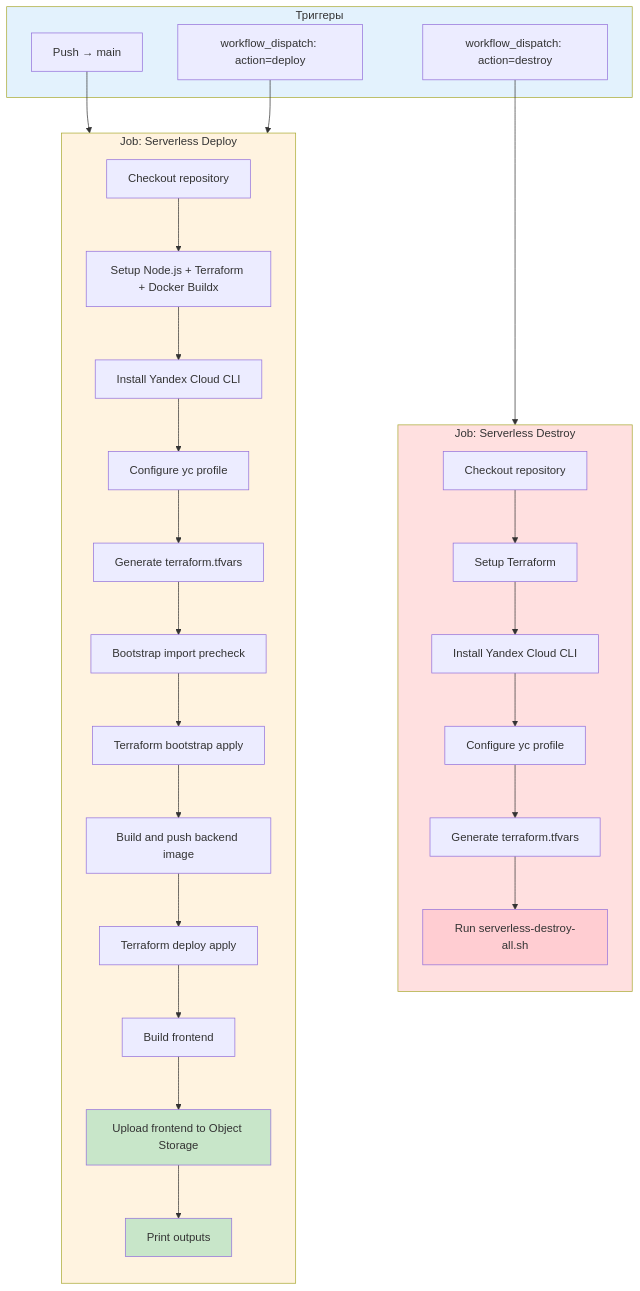
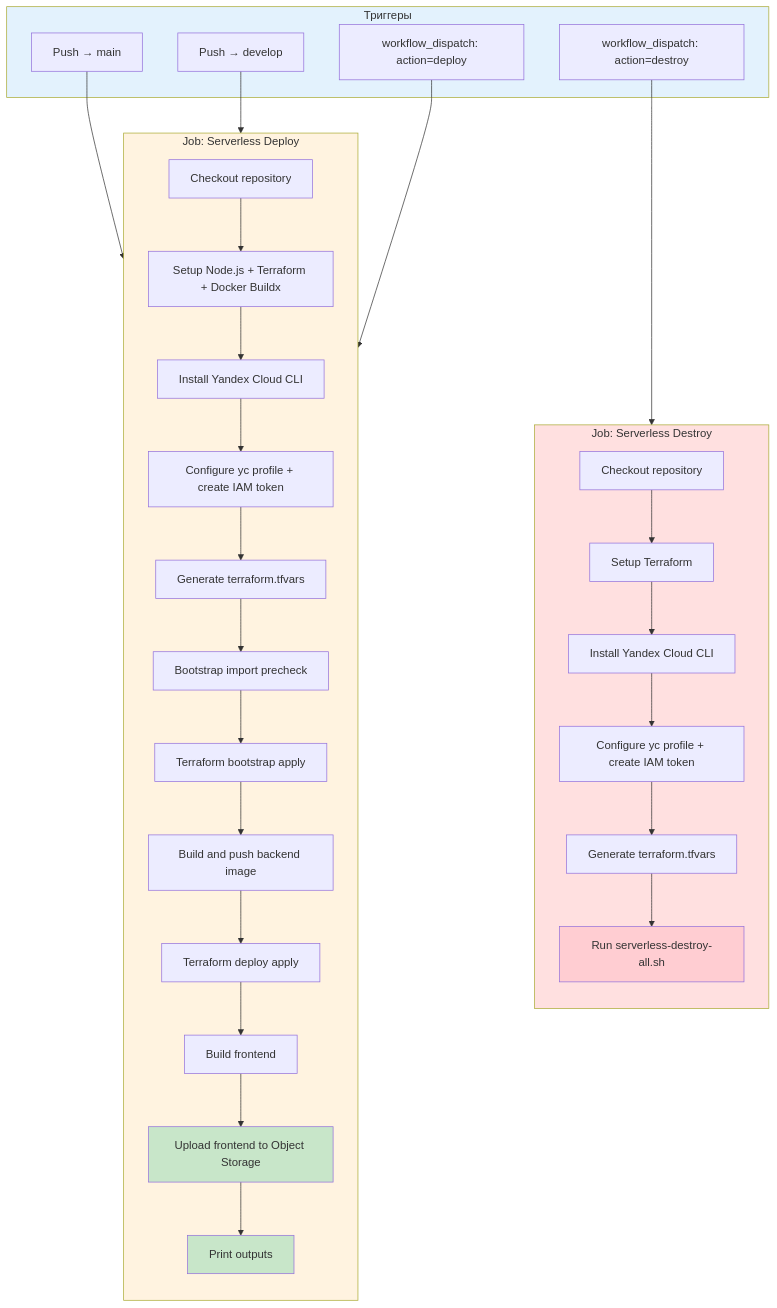
One commit to UZver24/DevOpsPortfolio changed the diagram in .github/workflows/ci.yml.mermaid. Above: the diagram before and after it, drawn with Mermaid. The commit also changed 1 other file, not shown here.

```diff
--- a/.github/workflows/ci.yml.mermaid
+++ b/.github/workflows/ci.yml.mermaid
@@ -1,48 +1,50 @@
 flowchart TB
 
     subgraph Triggers["Триггеры"]
         PushMain[Push → main]
+        PushDevelop[Push → develop]
         ManualDeploy[workflow_dispatch: action=deploy]
         ManualDestroy[workflow_dispatch: action=destroy]
     end
 
     subgraph DeployJob["Job: Serverless Deploy"]
         direction TB
         S1[Checkout repository]
         S2[Setup Node.js + Terraform + Docker Buildx]
         S3[Install Yandex Cloud CLI]
-        S4[Configure yc profile]
+        S4[Configure yc profile + create IAM token]
         S5[Generate terraform.tfvars]
         S6[Bootstrap import precheck]
         S7[Terraform bootstrap apply]
         S8[Build and push backend image]
         S9[Terraform deploy apply]
         S10[Build frontend]
         S11[Upload frontend to Object Storage]
         S12[Print outputs]
 
         S1 --> S2 --> S3 --> S4 --> S5 --> S6 --> S7 --> S8 --> S9 --> S10 --> S11 --> S12
     end
 
     subgraph DestroyJob["Job: Serverless Destroy"]
         direction TB
         D1[Checkout repository]
         D2[Setup Terraform]
         D3[Install Yandex Cloud CLI]
-        D4[Configure yc profile]
+        D4[Configure yc profile + create IAM token]
         D5[Generate terraform.tfvars]
         D6[Run serverless-destroy-all.sh]
 
         D1 --> D2 --> D3 --> D4 --> D5 --> D6
     end
 
     PushMain --> DeployJob
+    PushDevelop --> DeployJob
     ManualDeploy --> DeployJob
     ManualDestroy --> DestroyJob
 
     style Triggers fill:#e3f2fd
     style DeployJob fill:#fff3e0
     style DestroyJob fill:#ffe0e0
     style S11 fill:#c8e6c9
     style S12 fill:#c8e6c9
     style D6 fill:#ffcdd2
```
